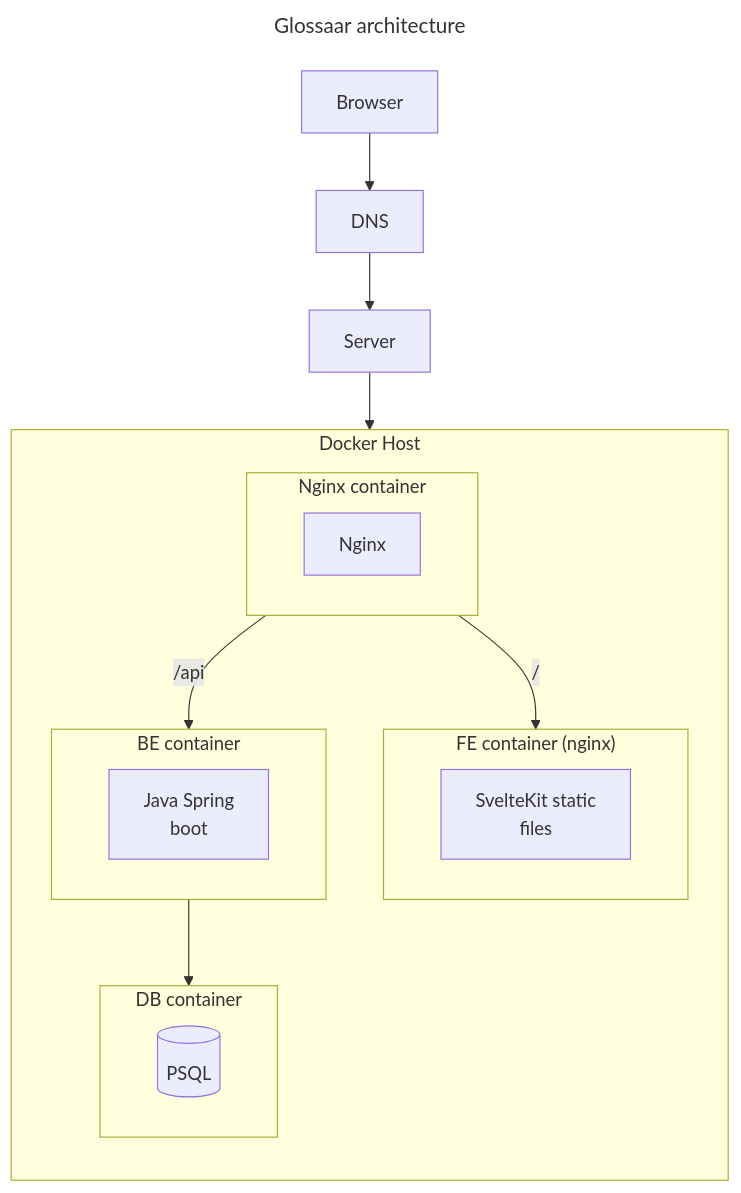
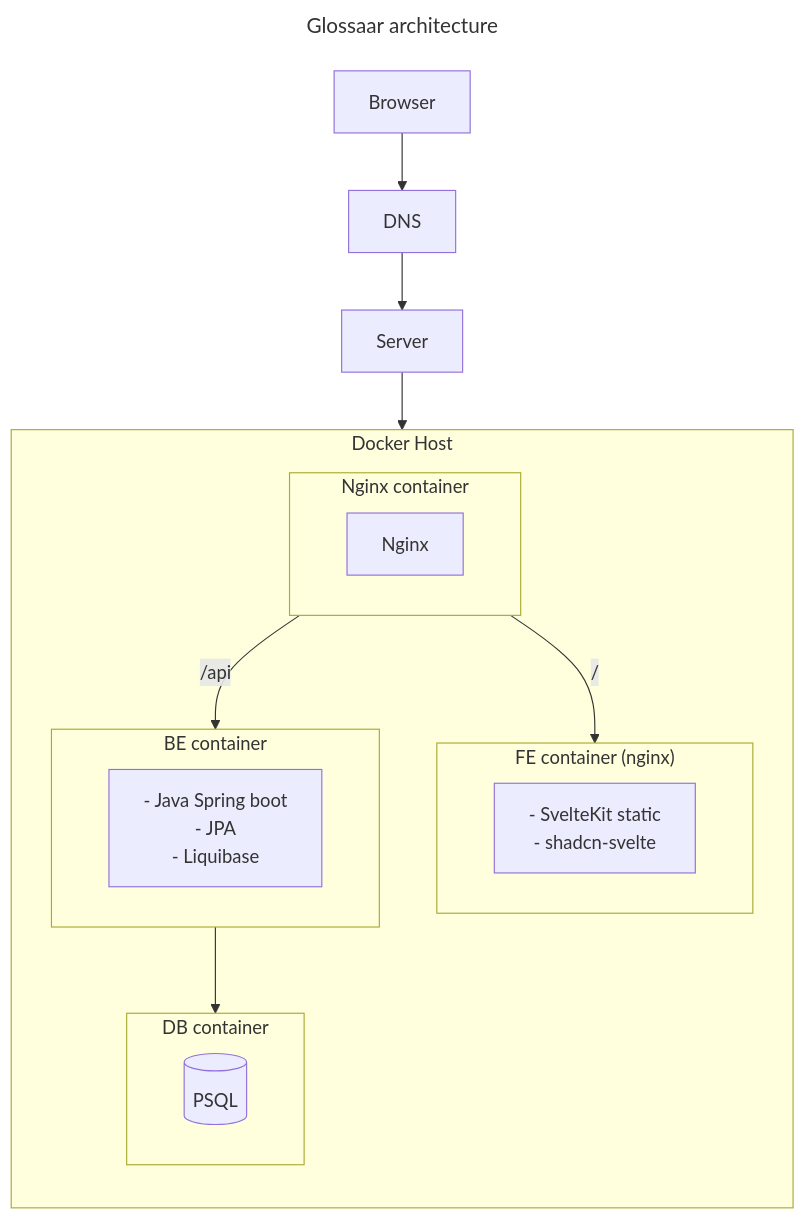
The diagram in architecture.mermaid (taltech-vanemarendajaks/team-01-glossaar), drawn with Mermaid before and after one commit. The commit also changed 1 other file, not shown here.

```diff
--- a/architecture.mermaid
+++ b/architecture.mermaid
@@ -1,38 +1,43 @@
 ---
 title: Glossaar architecture
 ---
 
 flowchart TB
     Browser --> DNS
 	DNS --> Server
     Server --> DockerHost
 	NginxContainer -->|/api| BeContainer
 	NginxContainer -->|/| FeContainer
 
 	BeContainer --> DbContainer
 
 	subgraph DockerHost["Docker Host"]
 		direction TB
 
 		subgraph NginxContainer["Nginx container"]
 			Nginx
 		end
 
 		subgraph BeContainer["BE container"]
 			Be[
-				Java Spring
-				boot
+				- Java Spring boot
+				- JPA
+				- Liquibase
 			]
 		end
 
 		subgraph FeContainer["FE container (nginx)"]
 			Fe[
-				SvelteKit static
-				files
+				- SvelteKit static
+				- shadcn-svelte
 			]
 		end
 
 		subgraph DbContainer["DB container"]
 			DB[(PSQL)]
 		end
 	end
+
+%% TODO: add multiple BE containers
+%% TODO: add monitoring
+%% TODO: add background jobs
```
